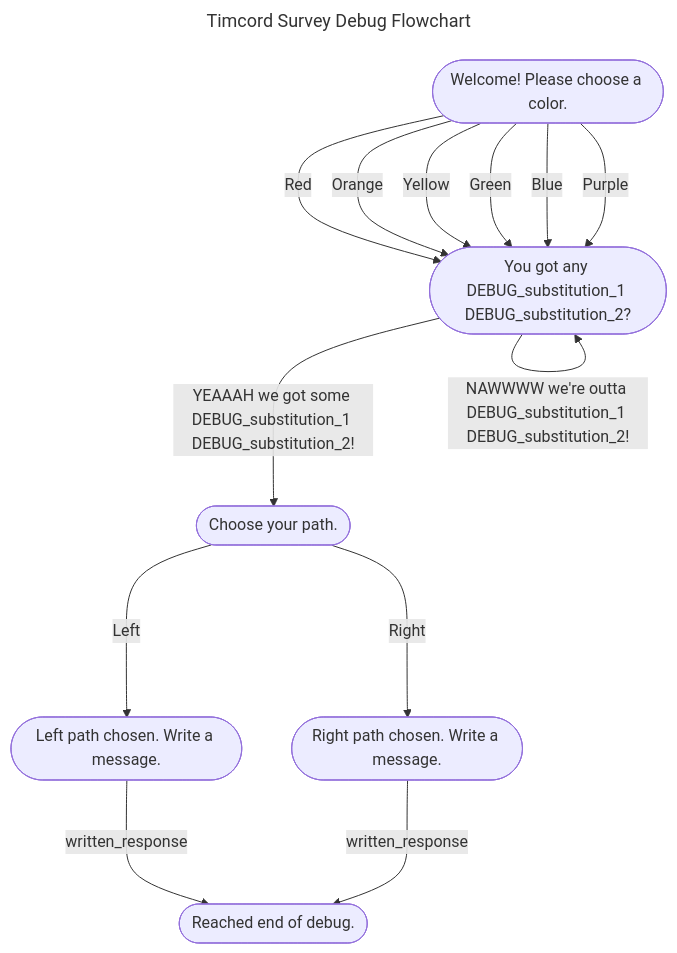
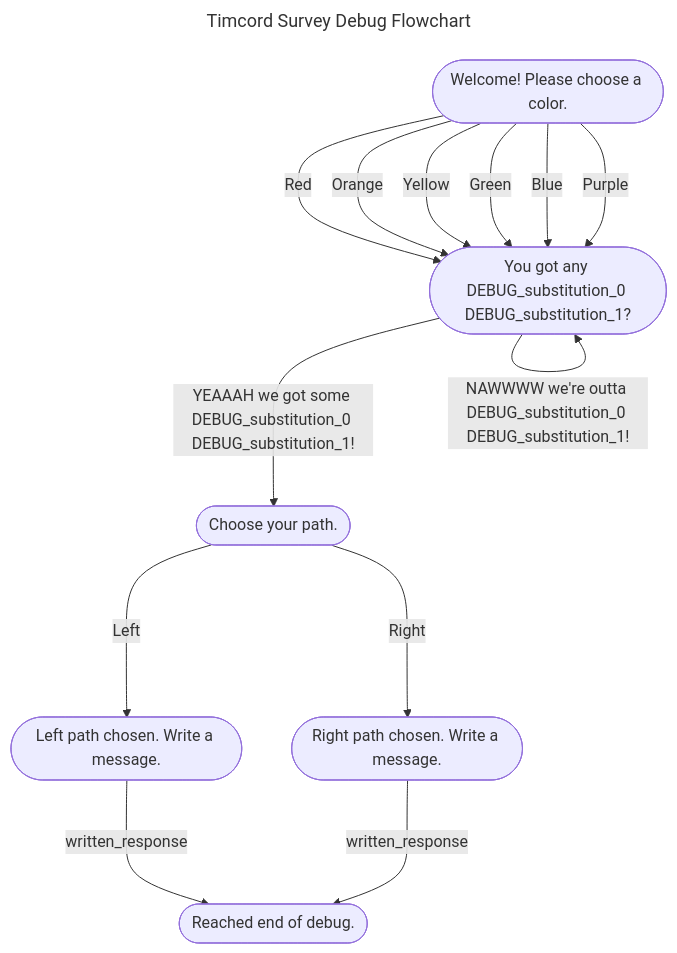
The third of 4 diagrams in README.md (ObjectsCountries/Timcord-Survey), drawn with Mermaid before and after one commit. The commit also changed other lines of this file, not shown here.

Commit message:
ACTION: Update flowcharts

````diff
--- a/README.md
+++ b/README.md
@@ -34,24 +37,24 @@
 ```mermaid
 ---
 title: Timcord Survey Debug Flowchart
 ---
 graph 
 debug_begin_intro(["Welcome! Please choose a color."])
-debug_substitution(["You got any DEBUG_substitution_1 DEBUG_substitution_2?"])
+debug_substitution(["You got any DEBUG_substitution_0 DEBUG_substitution_1?"])
 debug_branch(["Choose your path."])
 debug_path_left(["Left path chosen. Write a message."])
 debug_path_right(["Right path chosen. Write a message."])
 debug_finish(["Reached end of debug."])
 debug_begin_intro --->|Red| debug_substitution
 debug_begin_intro --->|Orange| debug_substitution
 debug_begin_intro --->|Yellow| debug_substitution
 debug_begin_intro --->|Green| debug_substitution
 debug_begin_intro --->|Blue| debug_substitution
 debug_begin_intro --->|Purple| debug_substitution
-debug_substitution --->|YEAAAH we got some DEBUG_substitution_1 DEBUG_substitution_2!| debug_branch
-debug_substitution --->|NAWWWW we're outta DEBUG_substitution_1 DEBUG_substitution_2!| debug_substitution
+debug_substitution --->|YEAAAH we got some DEBUG_substitution_0 DEBUG_substitution_1!| debug_branch
+debug_substitution --->|NAWWWW we're outta DEBUG_substitution_0 DEBUG_substitution_1!| debug_substitution
 debug_branch --->|Left| debug_path_left
 debug_branch --->|Right| debug_path_right
 debug_path_left --->|written_response| debug_finish
 debug_path_right --->|written_response| debug_finish
 ```
````
